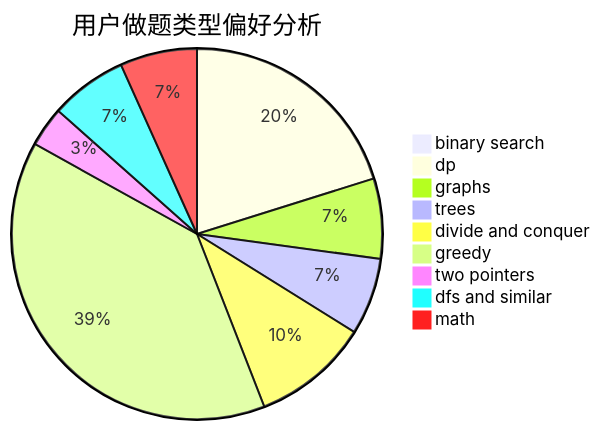
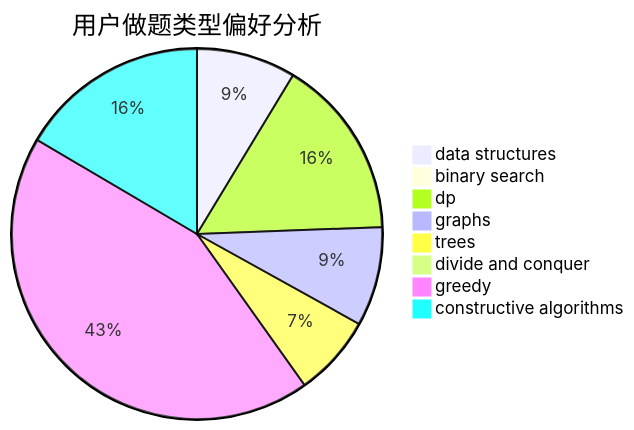
One commit to sherpahu/cfrs.github.io changed the second of 3 diagrams in docs/user/u1341.md. Above: the diagram before and after it, drawn with Mermaid. The commit also changed other lines of this file and 2775 other files, not shown here.

````diff
--- a/docs/user/u1341.md
+++ b/docs/user/u1341.md
@@ -23,12 +23,11 @@
 ```mermaid
 pie title 用户做题类型偏好分析
-    "binary search" :  2
-    "dp" :  75
-    "graphs" :  26
-    "trees" :  25
-    "divide and conquer" :  38
-    "greedy" :  145
-    "two pointers" :  13
-    "dfs and similar" :  25
-    "math" :  25
+    "data structures" :  11
+    "binary search" :  1
+    "dp" :  20
+    "graphs" :  11
+    "trees" :  9
+    "divide and conquer" :  0
+    "greedy" :  55
+    "constructive algorithms" :  21
 ```
````
